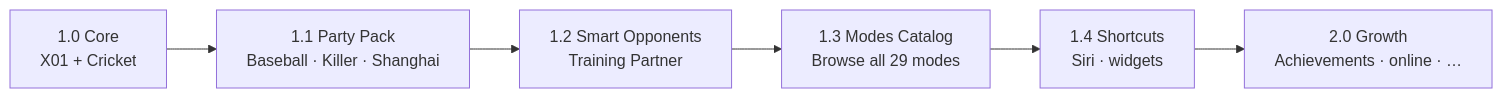
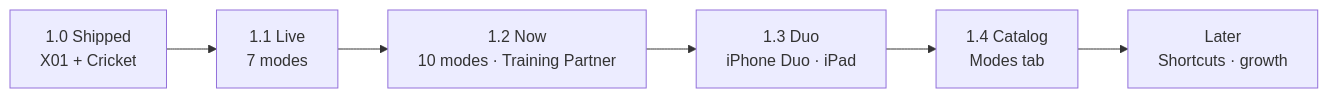
One commit to jacobrozell/Dart-Buddy changed the diagram in README.md. Above: the diagram before and after it, drawn with Mermaid. The commit also changed other lines of this file, not shown here.

````diff
--- a/README.md
+++ b/README.md
@@ -93,11 +88,11 @@
 ```mermaid
 flowchart LR
-  v10["1.0 Core<br/>X01 + Cricket"]
-  v11["1.1 Party Pack<br/>Baseball · Killer · Shanghai"]
-  v12["1.2 Smart Opponents<br/>Training Partner"]
-  v13["1.3 Modes Catalog<br/>Browse all 29 modes"]
-  v14["1.4 Shortcuts<br/>Siri · widgets"]
-  v20["2.0 Growth<br/>Achievements · online · …"]
+  v10["1.0 Shipped<br/>X01 + Cricket"]
+  v11["1.1 Live<br/>7 modes"]
+  v12["1.2 Now<br/>10 modes · Training Partner"]
+  v13["1.3 Duo<br/>iPhone Duo · iPad"]
+  v14["1.4 Catalog<br/>Modes tab"]
+  v20["Later<br/>Shortcuts · growth"]
 
   v10 --> v11 --> v12 --> v13 --> v14 --> v20
 ```
````
